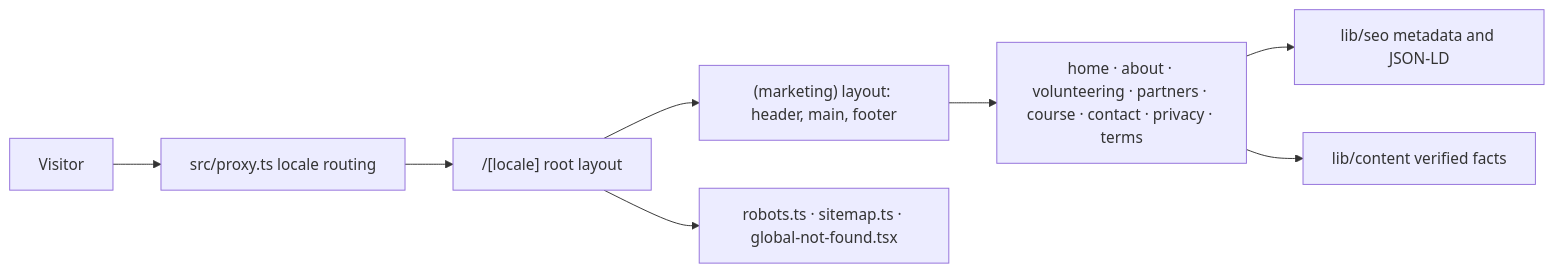
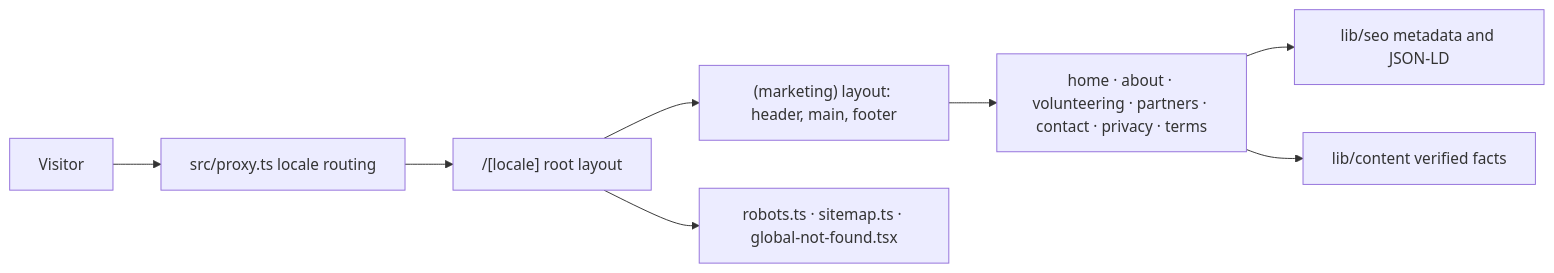
The diagram in docs/architecture/ARCHITECTURE.md (volontyorlarOrg/v-web), drawn with Mermaid before and after one commit. The commit also changed other lines of this file and 21 other files, not shown here.

````diff
--- a/docs/architecture/ARCHITECTURE.md
+++ b/docs/architecture/ARCHITECTURE.md
@@ -10,10 +10,10 @@
 ```mermaid
 flowchart LR
   Visitor --> Proxy[src/proxy.ts locale routing]
   Proxy --> Locale["/[locale] root layout"]
   Locale --> Marketing["(marketing) layout: header, main, footer"]
-  Marketing --> Pages["home · about · volunteering · partners · course · contact · privacy · terms"]
+  Marketing --> Pages["home · about · volunteering · partners · contact · privacy · terms"]
   Locale --> Meta[robots.ts · sitemap.ts · global-not-found.tsx]
   Pages --> Seo[lib/seo metadata and JSON-LD]
   Pages --> Facts[lib/content verified facts]
 ```
````
